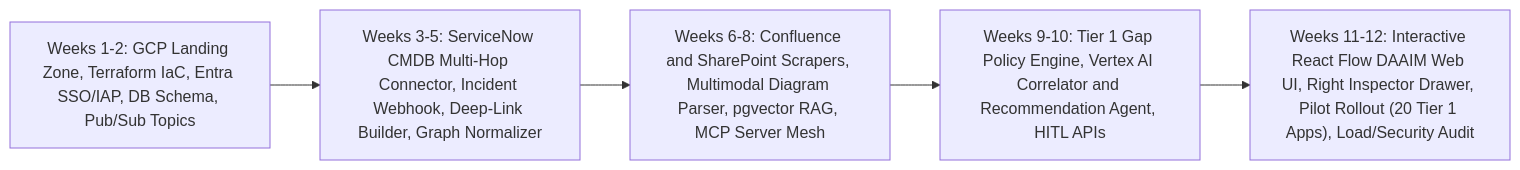
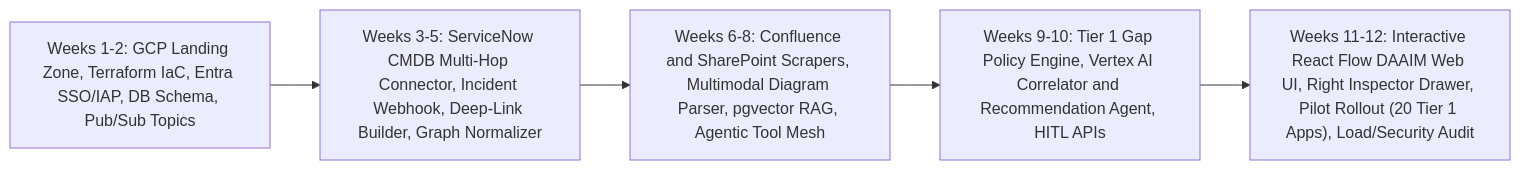
The ninth of 9 diagrams in docs/daaim_architecture_design_doc.md (ScrappyBeard/DAAIM), drawn with Mermaid before and after one commit. The commit also changed other lines of this file and 1 other file, not shown here.

````diff
--- a/docs/daaim_architecture_design_doc.md
+++ b/docs/daaim_architecture_design_doc.md
@@ -694,10 +703,10 @@
 ```mermaid
 flowchart LR
     S1["Weeks 1-2: GCP Landing Zone, Terraform IaC, Entra SSO/IAP, DB Schema, Pub/Sub Topics"]
     S2["Weeks 3-5: ServiceNow CMDB Multi-Hop Connector, Incident Webhook, Deep-Link Builder, Graph Normalizer"]
-    S3["Weeks 6-8: Confluence and SharePoint Scrapers, Multimodal Diagram Parser, pgvector RAG, MCP Server Mesh"]
+    S3["Weeks 6-8: Confluence and SharePoint Scrapers, Multimodal Diagram Parser, pgvector RAG, Agentic Tool Mesh"]
     S4["Weeks 9-10: Tier 1 Gap Policy Engine, Vertex AI Correlator and Recommendation Agent, HITL APIs"]
     S5["Weeks 11-12: Interactive React Flow DAAIM Web UI, Right Inspector Drawer, Pilot Rollout (20 Tier 1 Apps), Load/Security Audit"]
 
     S1 --> S2 --> S3 --> S4 --> S5
 ```
````
